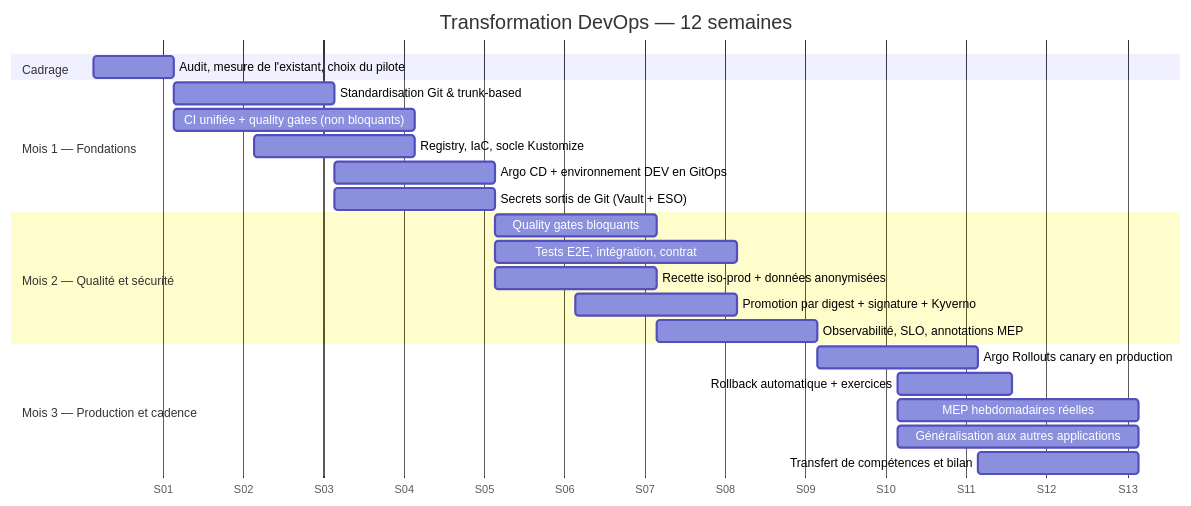
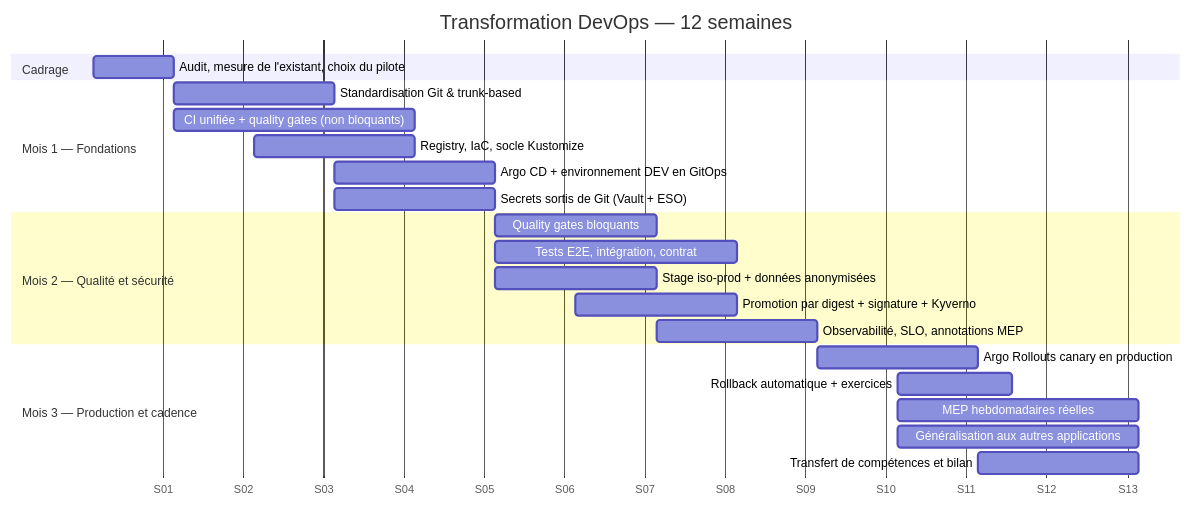
Before and after one commit to syfFerdinand/devops-plateforme-nationale: the diagram in docs/07-plan-transformation-90-jours.md, drawn with Mermaid. The commit also changed other lines of this file and 34 other files, not shown here.

````diff
--- a/docs/07-plan-transformation-90-jours.md
+++ b/docs/07-plan-transformation-90-jours.md
@@ -17,30 +17,30 @@
 ```mermaid
 gantt
     dateFormat YYYY-MM-DD
     axisFormat S%W
     title Transformation DevOps — 12 semaines
 
     section Cadrage
     Audit, mesure de l'existant, choix du pilote   :a1, 2026-01-05, 7d
 
     section Mois 1 — Fondations
     Standardisation Git & trunk-based              :b1, 2026-01-12, 14d
     CI unifiée + quality gates (non bloquants)     :b2, 2026-01-12, 21d
     Registry, IaC, socle Kustomize                 :b3, 2026-01-19, 14d
     Argo CD + environnement DEV en GitOps          :b4, 2026-01-26, 14d
     Secrets sortis de Git (Vault + ESO)            :b5, 2026-01-26, 14d
 
     section Mois 2 — Qualité et sécurité
     Quality gates bloquants                        :c1, 2026-02-09, 14d
     Tests E2E, intégration, contrat                :c2, 2026-02-09, 21d
-    Recette iso-prod + données anonymisées         :c3, 2026-02-09, 14d
+    Stage iso-prod + données anonymisées         :c3, 2026-02-09, 14d
     Promotion par digest + signature + Kyverno     :c4, 2026-02-16, 14d
     Observabilité, SLO, annotations MEP            :c5, 2026-02-23, 14d
 
     section Mois 3 — Production et cadence
     Argo Rollouts canary en production             :d1, 2026-03-09, 14d
     Rollback automatique + exercices               :d2, 2026-03-16, 10d
     MEP hebdomadaires réelles                      :d3, 2026-03-16, 21d
     Généralisation aux autres applications         :d4, 2026-03-16, 21d
     Transfert de compétences et bilan              :d5, 2026-03-23, 14d
 ```
````
